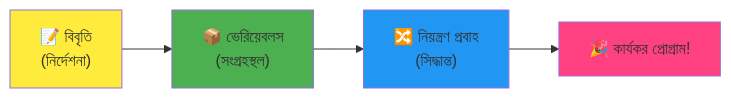
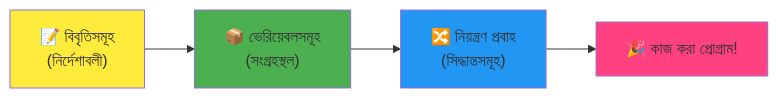
One commit to microsoft/Web-Dev-For-Beginners changed the fourth of 7 diagrams in translations/bn/1-getting-started-lessons/1-intro-to-programming-languages/README.md. Above: the diagram before and after it, drawn with Mermaid. The commit also changed other lines of this file and 11 other files, not shown here.

````diff
--- a/translations/bn/1-getting-started-lessons/1-intro-to-programming-languages/README.md
+++ b/translations/bn/1-getting-started-lessons/1-intro-to-programming-languages/README.md
@@ -467,9 +467,9 @@
 ```mermaid
 flowchart LR
-    A["📝 বিবৃতি<br/>(নির্দেশনা)"] --> B["📦 ভেরিয়েবলস<br/>(সংগ্রহস্থল)"] --> C["🔀 নিয়ন্ত্রণ প্রবাহ<br/>(সিদ্ধান্ত)"] --> D["🎉 কার্যকর প্রোগ্রাম!"]
+    A["📝 বিবৃতিসমূহ<br/>(নির্দেশাবলী)"] --> B["📦 ভেরিয়েবলসমূহ<br/>(সংগ্রহস্থল)"] --> C["🔀 নিয়ন্ত্রণ প্রবাহ<br/>(সিদ্ধান্তসমূহ)"] --> D["🎉 কাজ করা প্রোগ্রাম!"]
     
     style A fill:#ffeb3b
     style B fill:#4caf50
     style C fill:#2196f3
     style D fill:#ff4081
 ```  
````
